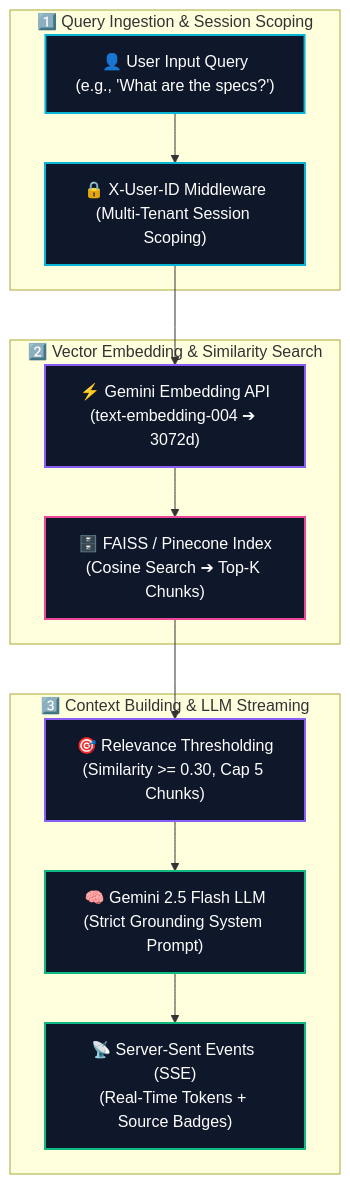
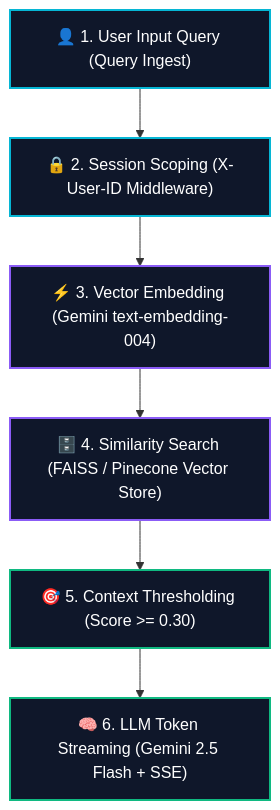
One commit to Ganu39/NexusAI_RAG_ChatBot changed the diagram in README.md. Above: the diagram before and after it, drawn with Mermaid.

Commit message:
fix(docs): resolve Mermaid flowchart arrow overlap in README.md

````diff
--- a/README.md
+++ b/README.md
@@ -26,22 +26,12 @@
 ```mermaid
-graph TD
-    classDef inputStyle fill:#0f172a,stroke:#06b6d4,stroke-width:2px,color:#fff;
-    classDef processStyle fill:#0f172a,stroke:#8b5cf6,stroke-width:2px,color:#fff;
-    classDef vectorStyle fill:#0f172a,stroke:#ec4899,stroke-width:2px,color:#fff;
-    classDef llmStyle fill:#0f172a,stroke:#10b981,stroke-width:2px,color:#fff;
+flowchart TD
+    classDef cyanNode fill:#0f172a,stroke:#06b6d4,stroke-width:2px,color:#fff;
+    classDef purpleNode fill:#0f172a,stroke:#8b5cf6,stroke-width:2px,color:#fff;
+    classDef emeraldNode fill:#0f172a,stroke:#10b981,stroke-width:2px,color:#fff;
 
-    subgraph Phase1 ["1️⃣ Query Ingestion & Session Scoping"]
-        A["👤 User Input Query<br/>(e.g., 'What are the specs?')"]:::inputStyle --> B["🔒 X-User-ID Middleware<br/>(Multi-Tenant Session Scoping)"]:::inputStyle
-    end
-
-    subgraph Phase2 ["2️⃣ Vector Embedding & Similarity Search"]
-        B --> C["⚡ Gemini Embedding API<br/>(text-embedding-004 ➔ 3072d)"]:::processStyle
-        C --> D["🗄️ FAISS / Pinecone Index<br/>(Cosine Search ➔ Top-K Chunks)"]:::vectorStyle
-    end
-
-    subgraph Phase3 ["3️⃣ Context Building & LLM Streaming"]
-        D --> E["🎯 Relevance Thresholding<br/>(Similarity >= 0.30, Cap 5 Chunks)"]:::processStyle
-        E --> F["🧠 Gemini 2.5 Flash LLM<br/>(Strict Grounding System Prompt)"]:::llmStyle
-        F --> G["📡 Server-Sent Events (SSE)<br/>(Real-Time Tokens + Source Badges)"]:::llmStyle
-    end
+    A["👤 1. User Input Query (Query Ingest)"]:::cyanNode --> B["🔒 2. Session Scoping (X-User-ID Middleware)"]:::cyanNode
+    B --> C["⚡ 3. Vector Embedding (Gemini text-embedding-004)"]:::purpleNode
+    C --> D["🗄️ 4. Similarity Search (FAISS / Pinecone Vector Store)"]:::purpleNode
+    D --> E["🎯 5. Context Thresholding (Score >= 0.30)"]:::emeraldNode
+    E --> F["🧠 6. LLM Token Streaming (Gemini 2.5 Flash + SSE)"]:::emeraldNode
 ```
````
